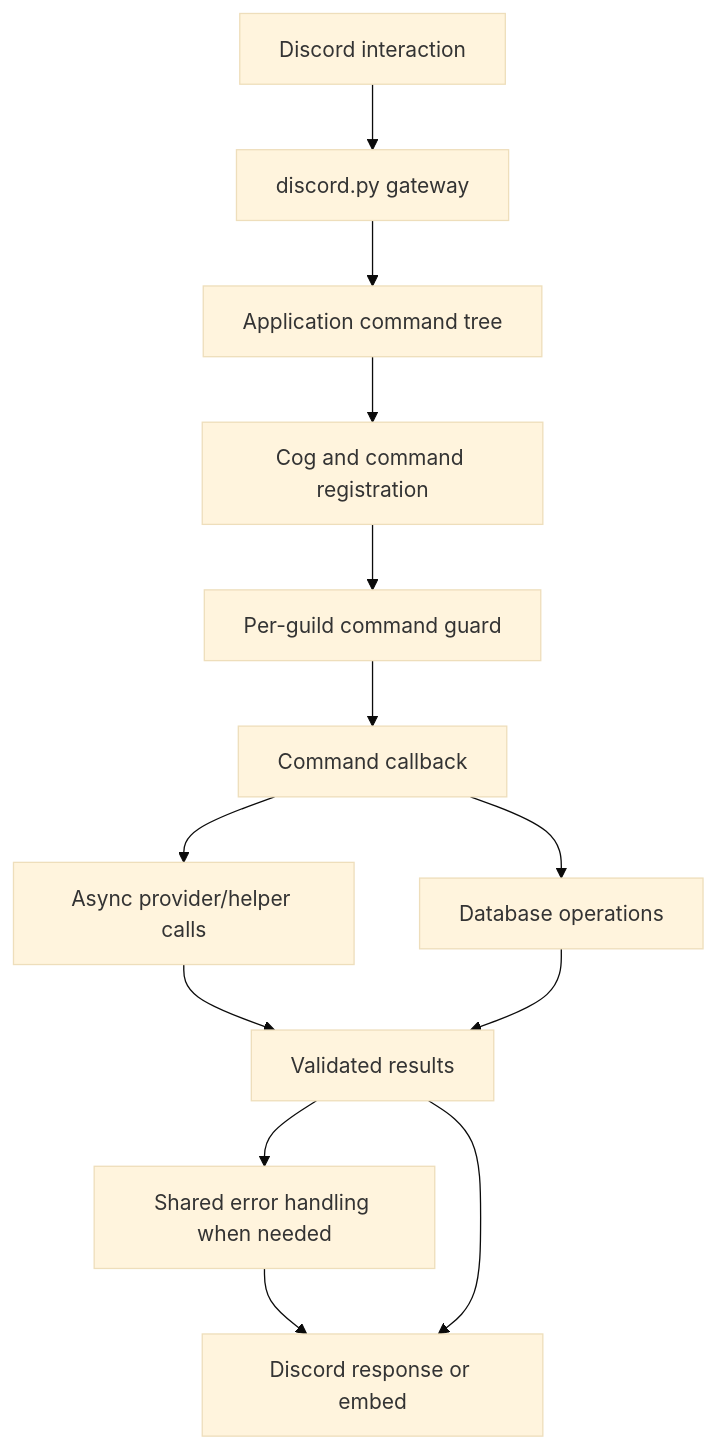
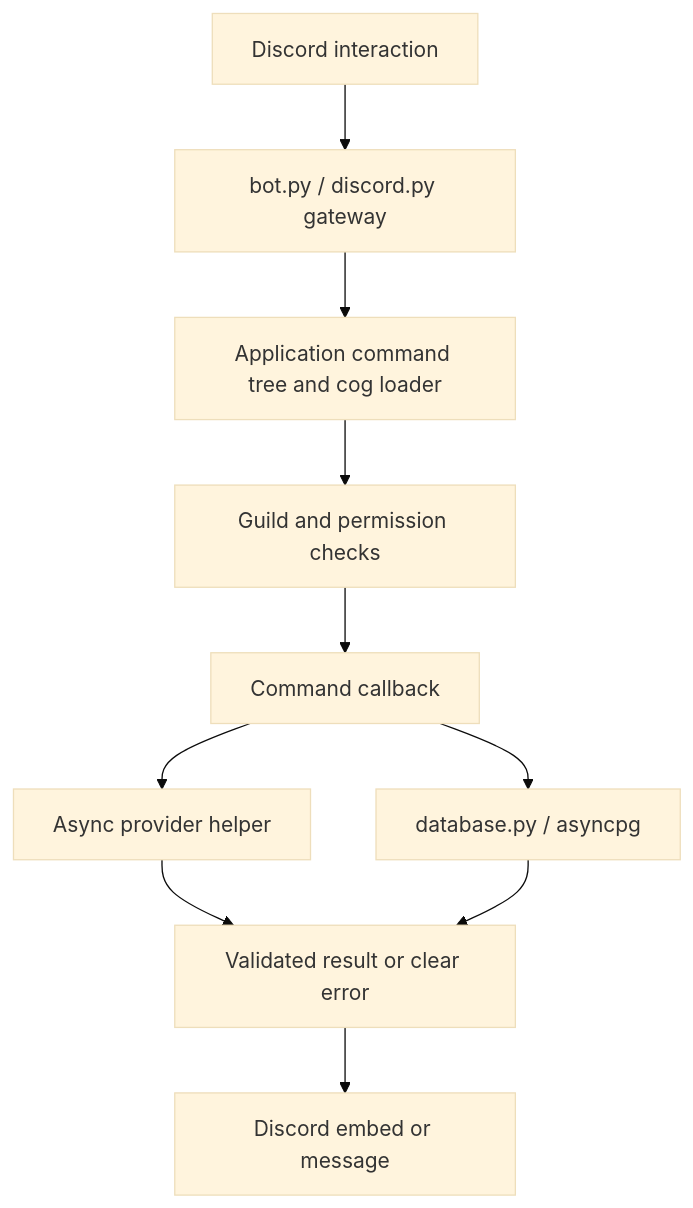
The second of 9 diagrams in README.md (Kyerstorm/Lemegeton), drawn with Mermaid (base theme) before and after one commit. The commit also changed other lines of this file, not shown here.

Commit message:
Repair README architecture and Mermaid diagrams

````diff
--- a/README.md
+++ b/README.md
@@ -142,15 +131,12 @@
-~~~mermaid
+```mermaid
 flowchart TD
-    EVENT["Discord interaction"] --> GATEWAY["discord.py gateway"]
-    GATEWAY --> TREE["Application command tree"]
-    TREE --> LOADER["Cog and command registration"]
-    LOADER --> GUARD["Per-guild command guard"]
-    GUARD --> HANDLER["Command callback"]
-    HANDLER --> PROVIDER["Async provider/helper calls"]
-    HANDLER --> DATABASE["Database operations"]
-    PROVIDER --> RESPONSE["Validated results"]
-    DATABASE --> RESPONSE
-    RESPONSE --> ERROR["Shared error handling when needed"]
-    ERROR --> REPLY["Discord response or embed"]
-    RESPONSE --> REPLY
-~~~
+    Interaction["Discord interaction"] --> Runtime["bot.py / discord.py gateway"]
+    Runtime --> Registry["Application command tree and cog loader"]
+    Registry --> Guard["Guild and permission checks"]
+    Guard --> Callback["Command callback"]
+    Callback --> Provider["Async provider helper"]
+    Callback --> Database["database.py / asyncpg"]
+    Provider --> Result["Validated result or clear error"]
+    Database --> Result
+    Result --> Response["Discord embed or message"]
+```
````
